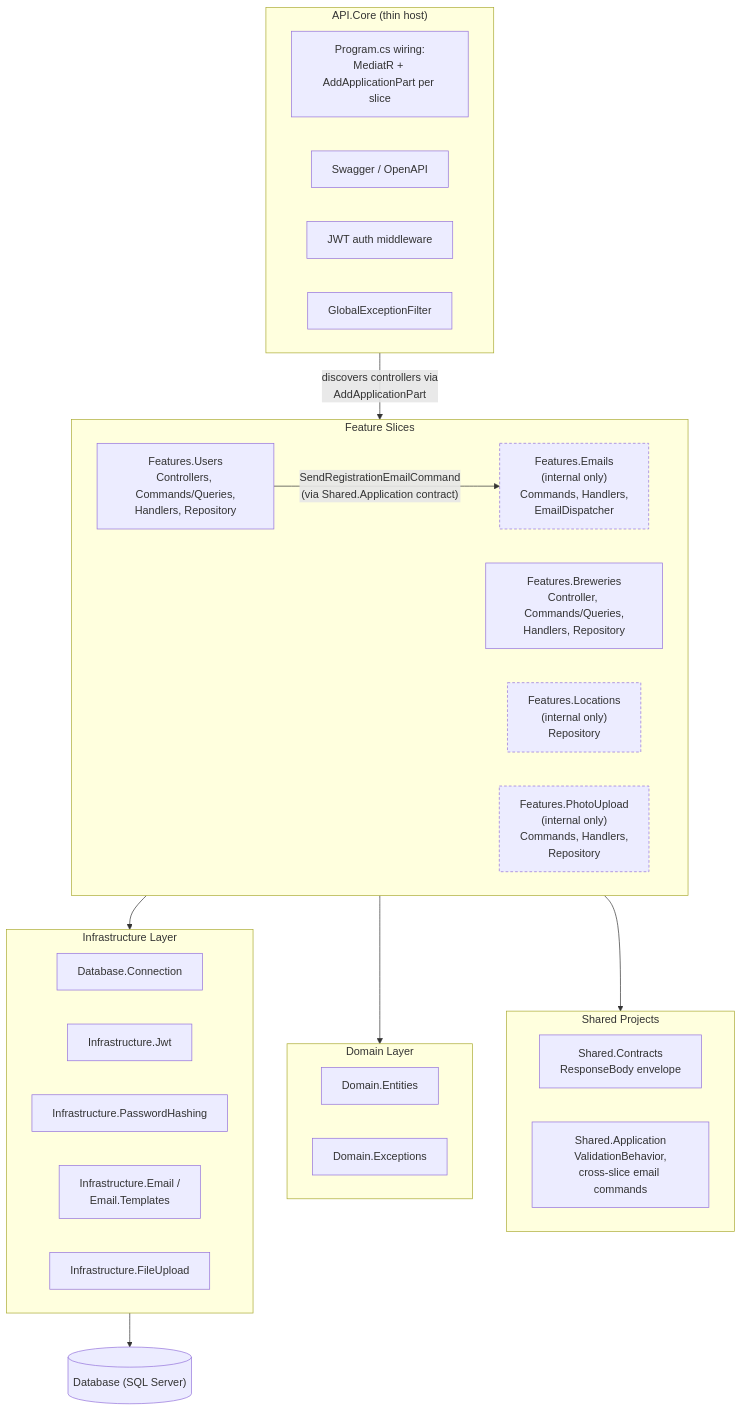
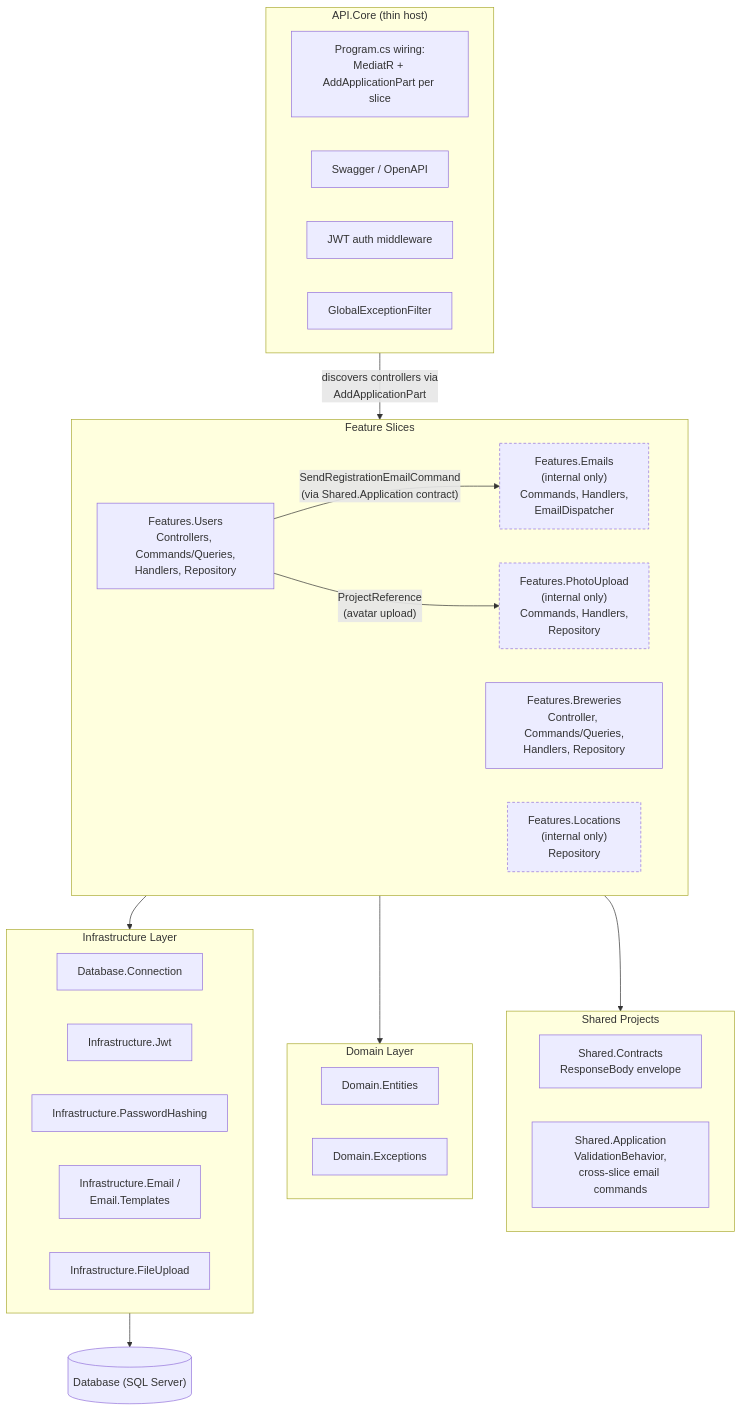
Before and after one commit to aaronpo97/the-biergarten-app: the first of 2 diagrams in docs/web/architecture.md, drawn with Mermaid. The commit also changed other lines of this file and 3 other files, not shown here.

````diff
--- a/docs/web/architecture.md
+++ b/docs/web/architecture.md
@@ -55,55 +55,56 @@
 ```mermaid
 flowchart TB
     subgraph HOST["API.Core (thin host)"]
         direction LR
         H1["Program.cs wiring:<br/>MediatR + AddApplicationPart per slice"]
         H2["Swagger / OpenAPI"]
         H3["JWT auth middleware"]
         H4["GlobalExceptionFilter"]
     end
 
     subgraph SLICES["Feature Slices"]
         direction LR
         S1["Features.Users<br/>Controllers, Commands/Queries,<br/>Handlers, Repository"]
         S2["Features.Breweries<br/>Controller, Commands/Queries,<br/>Handlers, Repository"]
         S3["Features.Emails<br/>(internal only)<br/>Commands, Handlers,<br/>EmailDispatcher"]
         S4["Features.Locations<br/>(internal only)<br/>Repository"]
         S5["Features.PhotoUpload<br/>(internal only)<br/>Commands, Handlers,<br/>Repository"]
     end
 
     subgraph SHARED["Shared Projects"]
         direction LR
         SH1["Shared.Contracts<br/>ResponseBody envelope"]
         SH2["Shared.Application<br/>ValidationBehavior,<br/>cross-slice email commands"]
     end
 
     subgraph DOMAIN["Domain Layer"]
         direction LR
         D1["Domain.Entities"]
         D2["Domain.Exceptions"]
     end
 
     subgraph INFRA["Infrastructure Layer"]
         direction LR
         I1["Database.Connection"]
         I2["Infrastructure.Jwt"]
         I3["Infrastructure.PasswordHashing"]
         I4["Infrastructure.Email /<br/>Email.Templates"]
         I5["Infrastructure.FileUpload"]
     end
 
     DB[("Database (SQL Server)")]
 
     HOST -- "discovers controllers via<br/>AddApplicationPart" --> SLICES
     S1 -- "SendRegistrationEmailCommand<br/>(via Shared.Application contract)" --> S3
+    S1 -- "ProjectReference<br/>(avatar upload)" --> S5
 
     SLICES --> SHARED
     SLICES --> DOMAIN
     SLICES --> INFRA
 
     INFRA --> DB
 
     style S3 stroke-dasharray: 4 3
     style S4 stroke-dasharray: 4 3
     style S5 stroke-dasharray: 4 3
 ```
````
